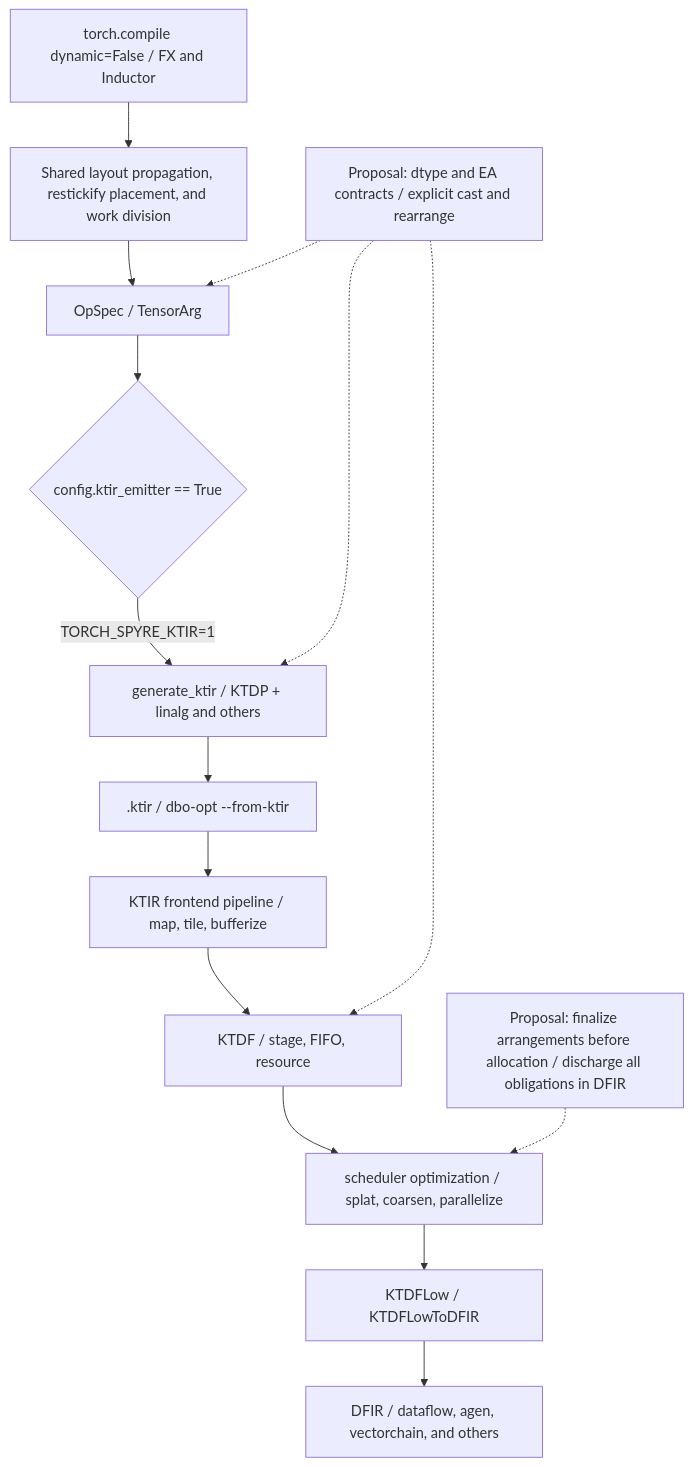
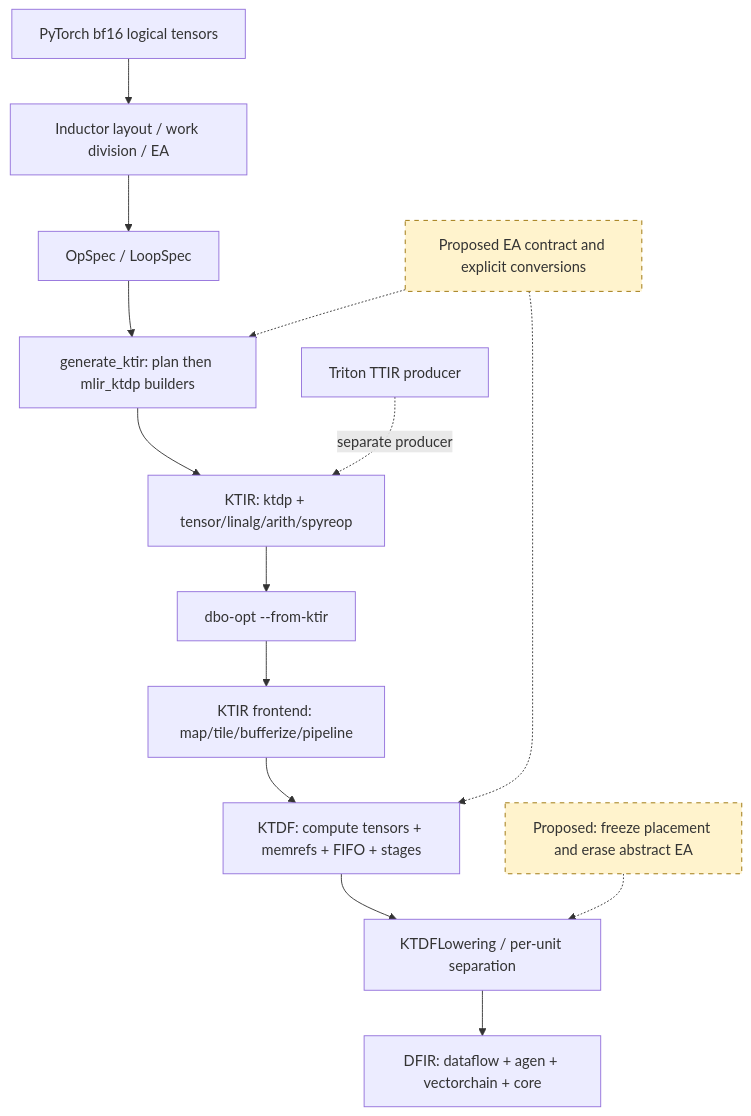
One commit to kiszk/triton changed the diagram in docs/element-arrangement/element-arrangement-study-long.md. Above: the diagram before and after it, drawn with Mermaid. The commit also changed other lines of this file and 1 other file, not shown here.

Commit message:
update with numeric cast at ktdf

````diff
--- a/docs/element-arrangement/element-arrangement-study-long.md
+++ b/docs/element-arrangement/element-arrangement-study-long.md
@@ -27,17 +52,18 @@
 ```mermaid
 flowchart TD
-  A[torch.compile dynamic=False / FX and Inductor] --> B[Shared layout propagation, restickify placement, and work division]
-  B --> C[OpSpec / TensorArg]
-  C --> D{config.ktir_emitter == True}
-  D -->|TORCH_SPYRE_KTIR=1| E[generate_ktir / KTDP + linalg and others]
-  E --> F[.ktir / dbo-opt --from-ktir]
-  F --> G[KTIR frontend pipeline / map, tile, bufferize]
-  G --> H[KTDF / stage, FIFO, resource]
-  H --> I[scheduler optimization / splat, coarsen, parallelize]
-  I --> J[KTDFLow / KTDFLowToDFIR]
-  J --> K[DFIR / dataflow, agen, vectorchain, and others]
-  P[Proposal: dtype and EA contracts / explicit cast and rearrange] -.-> C
-  P -.-> E
+  A[PyTorch bf16 logical tensors] --> B[Inductor layout / work division / EA]
+  B --> C[OpSpec / LoopSpec]
+  C --> D[generate_ktir: plan then mlir_ktdp builders]
+  D --> E[KTIR: ktdp + tensor/linalg/arith/spyreop]
+  E --> F[dbo-opt --from-ktir]
+  F --> G[KTIR frontend: map/tile/bufferize/pipeline]
+  G --> H[KTDF: compute tensors + memrefs + FIFO + stages]
+  H --> I[KTDFLowering / per-unit separation]
+  I --> J[DFIR: dataflow + agen + vectorchain + core]
+  T[Triton TTIR producer] -. separate producer .-> E
+  P[Proposed EA contract and explicit conversions] -.-> D
   P -.-> H
-  Q[Proposal: finalize arrangements before allocation / discharge all obligations in DFIR] -.-> I
+  Q[Proposed: freeze placement and erase abstract EA] -.-> I
+  classDef proposed fill:#fff3cd,stroke:#997000,stroke-dasharray:5 5;
+  class P,Q proposed;
 ```
````
